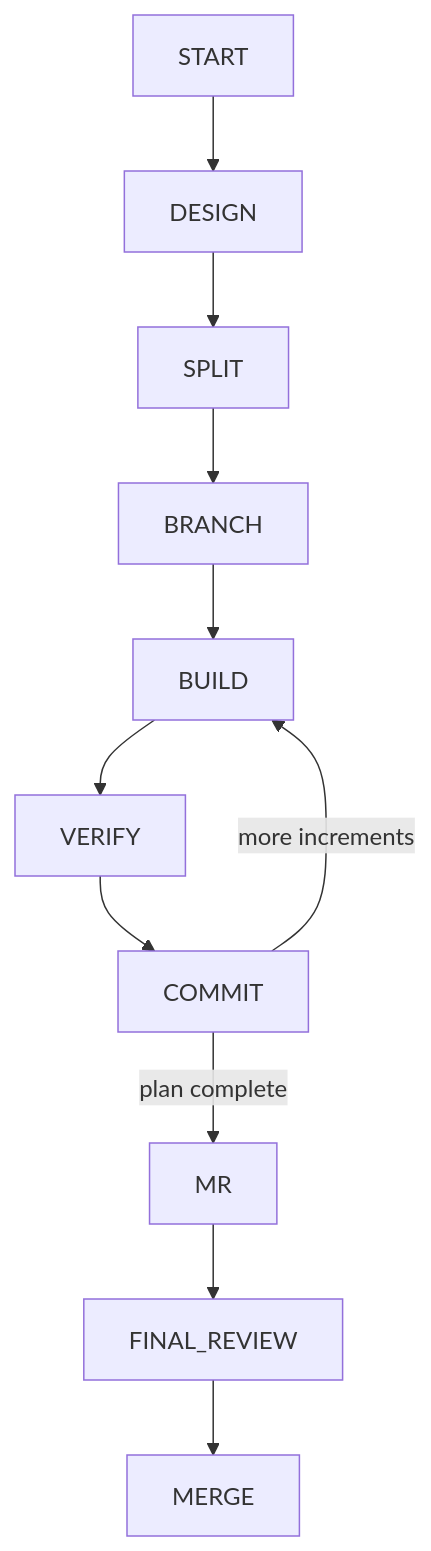
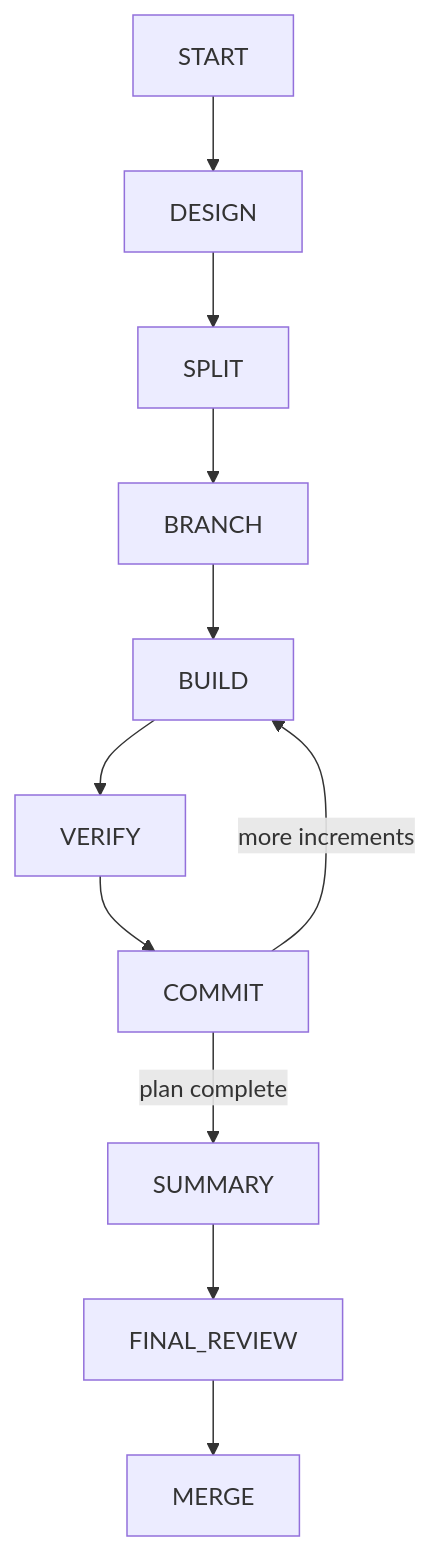
Before and after one commit to an-dr/agents: the second of 3 diagrams in README.md, drawn with Mermaid. The commit also changed other lines of this file and 24 other files, not shown here.

````diff
--- a/README.md
+++ b/README.md
@@ -29,6 +31,6 @@
 ```mermaid
 flowchart TD
 START --> DESIGN --> SPLIT --> BRANCH --> BUILD --> VERIFY --> COMMIT
 COMMIT -->|more increments| BUILD
-COMMIT -->|plan complete| MR --> FINAL_REVIEW --> MERGE
+COMMIT -->|plan complete| SUMMARY --> FINAL_REVIEW --> MERGE
 ```
````
